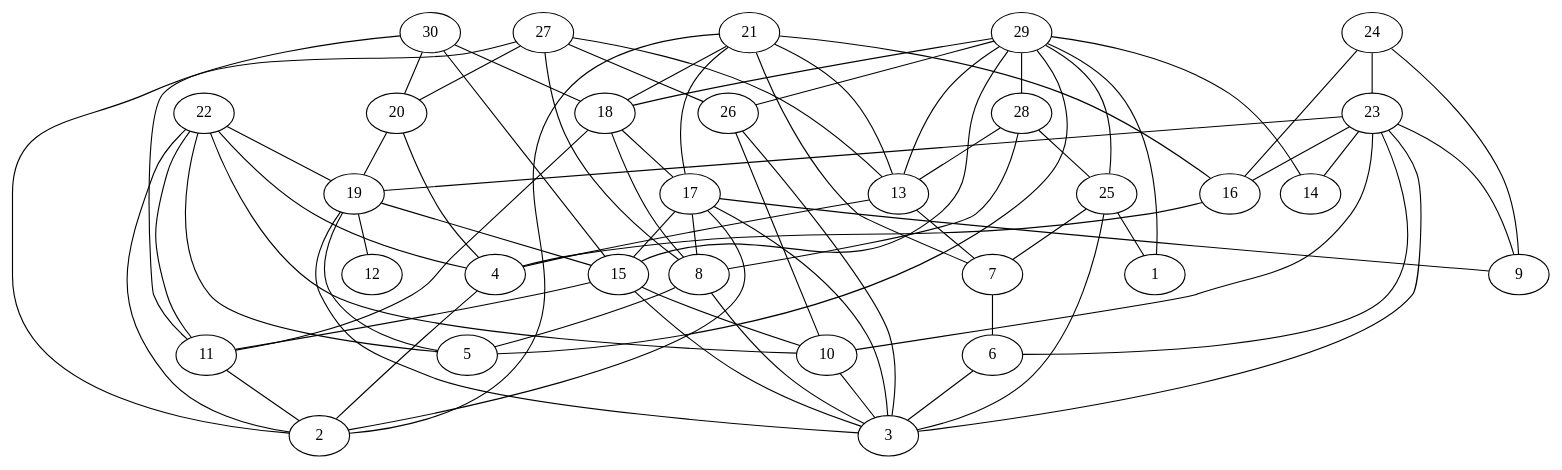
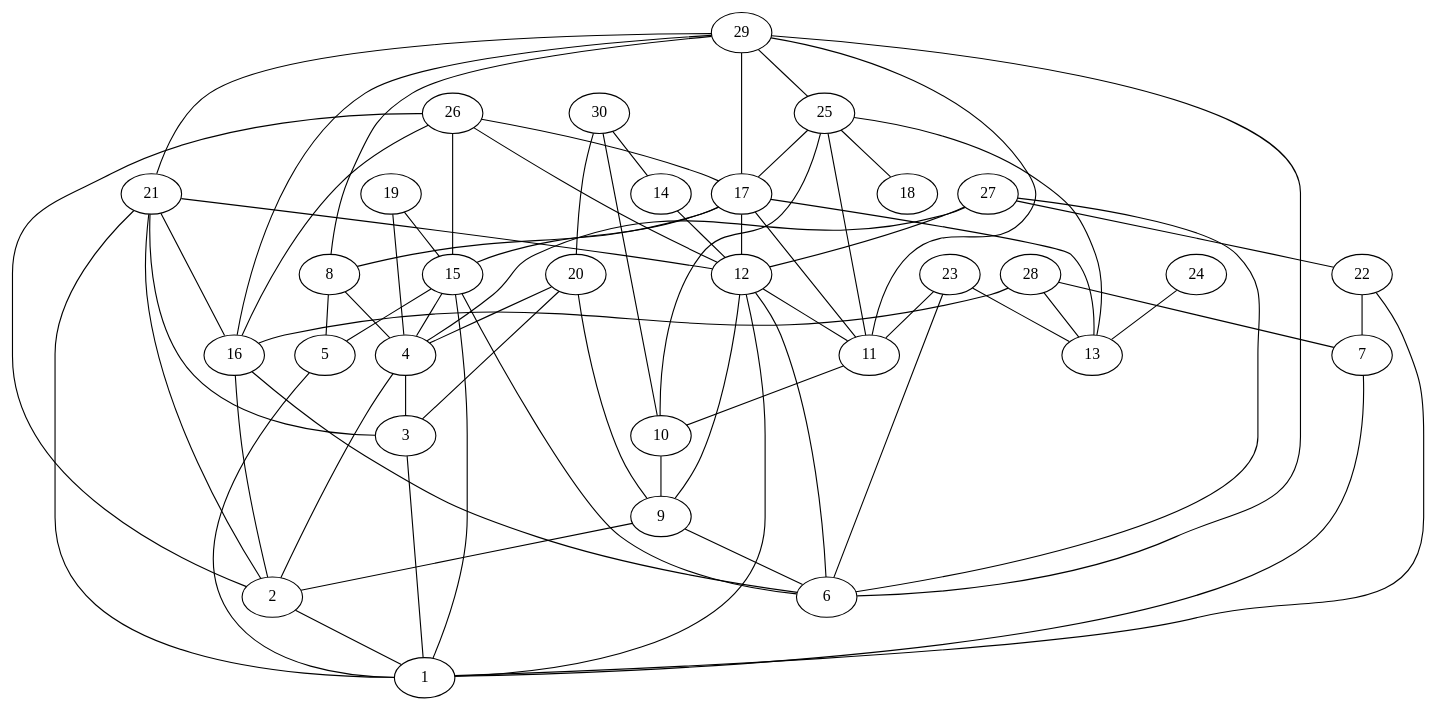
One commit to JulRivera0/AyD-Algoritmos changed the diagram in P1 Biblioteca Grafos/Archivos Viz/Grafo30Gilbert.gv. Above: the diagram before and after it, drawn with Graphviz. The commit also changed 47 other files, not shown here.

```diff
--- a/P1 Biblioteca Grafos/Archivos Viz/Grafo30Gilbert.gv
+++ b/P1 Biblioteca Grafos/Archivos Viz/Grafo30Gilbert.gv
@@ -1,77 +1,73 @@
 graph {
-25--1
-29--1
+2--1
+3--1
+5--1
+7--1
+12--1
+15--1
+21--1
+22--1
 4--2
-11--2
-17--2
+9--2
+16--2
 21--2
-22--2
-30--2
-6--3
-8--3
-10--3
-15--3
-17--3
-19--3
-23--3
-25--3
-26--3
-13--4
-16--4
+26--2
+4--3
+20--3
+21--3
+8--4
+15--4
+19--4
 20--4
-22--4
+27--4
 8--5
-19--5
-22--5
-29--5
-7--6
+15--5
+9--6
+12--6
+15--6
+16--6
 23--6
-13--7
-21--7
-25--7
+27--6
+29--6
+22--7
+28--7
 17--8
-18--8
-27--8
-28--8
-17--9
-23--9
-24--9
-15--10
-22--10
-23--10
-26--10
-15--11
-18--11
-22--11
-27--11
-19--12
-21--13
-27--13
+29--8
+10--9
+12--9
+20--9
+11--10
+25--10
+30--10
+12--11
+17--11
+23--11
+25--11
+29--11
+14--12
+17--12
+21--12
+26--12
+27--12
+17--13
+23--13
+24--13
+25--13
 28--13
-29--13
-23--14
-29--14
+30--14
 17--15
 19--15
-29--15
-30--15
+26--15
 21--16
-23--16
-24--16
-18--17
-21--17
-21--18
-29--18
-30--18
-20--19
-22--19
-23--19
-27--20
+26--16
+28--16
+29--16
+25--17
+26--17
+29--17
+25--18
 30--20
-24--23
-28--25
+29--21
+27--22
 29--25
-27--26
-29--26
-29--28
 }
```
